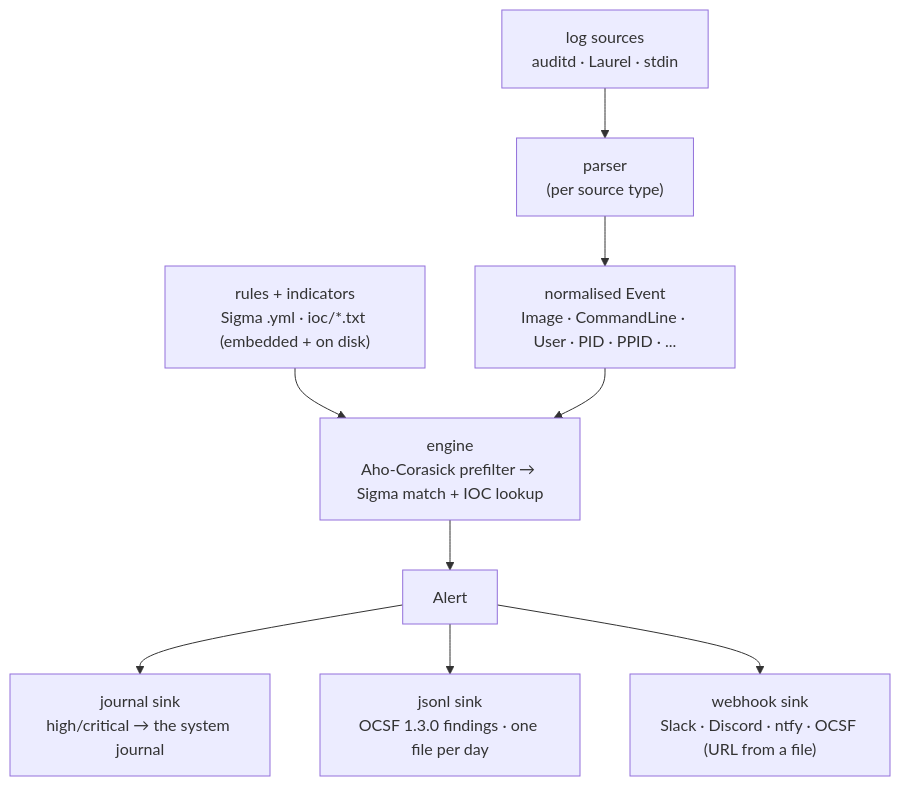
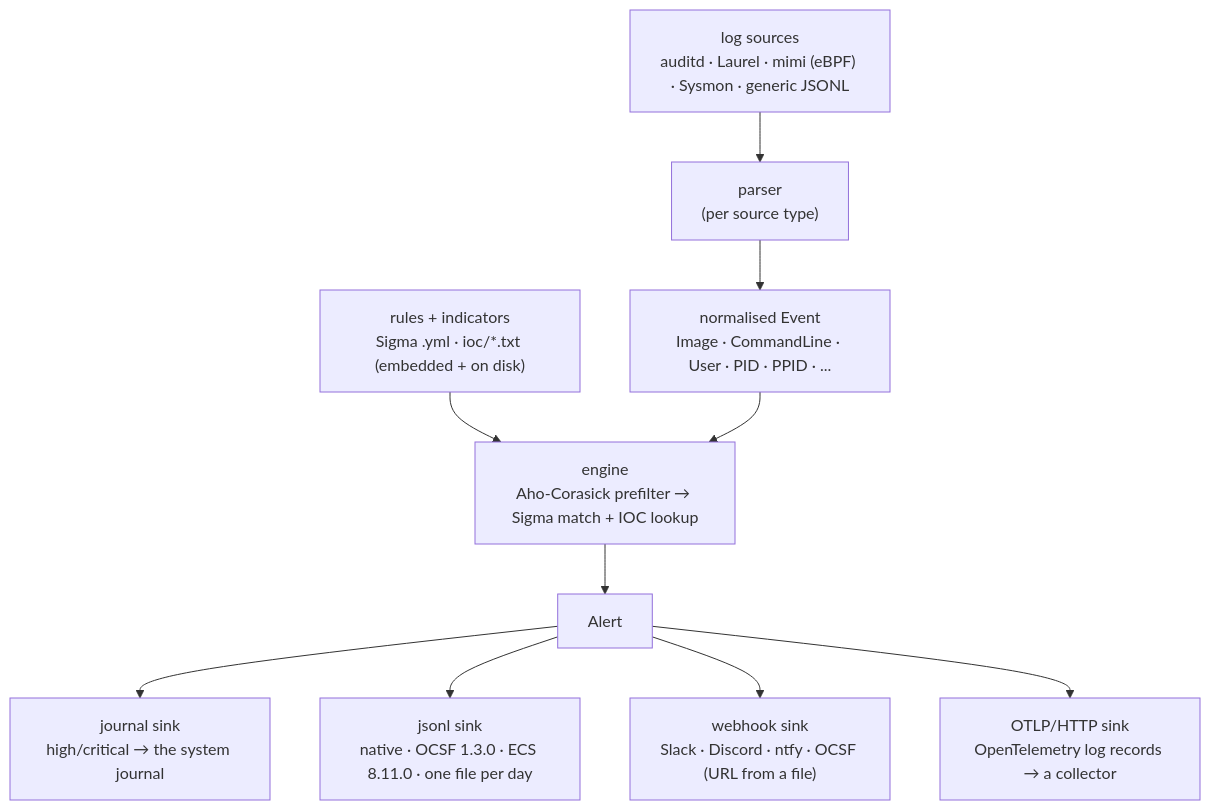
Before and after one commit to conor-sometimes/banken: the diagram in README.md, drawn with Mermaid. The commit also changed other lines of this file, not shown here.

First line of the commit message:
README: honest 'What it supports' overview; sync sources/outputs/standards

````diff
--- a/README.md
+++ b/README.md
@@ -30,11 +74,12 @@
 ```mermaid
 flowchart TD
-    SRC["log sources<br/>auditd · Laurel · stdin"] --> P["parser<br/>(per source type)"]
+    SRC["log sources<br/>auditd · Laurel · mimi (eBPF) · Sysmon · generic JSONL"] --> P["parser<br/>(per source type)"]
     P --> EV["normalised Event<br/>Image · CommandLine · User · PID · PPID · ..."]
     RUL["rules + indicators<br/>Sigma .yml · ioc/*.txt (embedded + on disk)"] --> ENG
     EV --> ENG["engine<br/>Aho-Corasick prefilter → Sigma match + IOC lookup"]
     ENG --> AL["Alert"]
     AL --> S1["journal sink<br/>high/critical → the system journal"]
-    AL --> S2["jsonl sink<br/>OCSF 1.3.0 findings · one file per day"]
+    AL --> S2["jsonl sink<br/>native · OCSF 1.3.0 · ECS 8.11.0 · one file per day"]
     AL --> S3["webhook sink<br/>Slack · Discord · ntfy · OCSF (URL from a file)"]
+    AL --> S4["OTLP/HTTP sink<br/>OpenTelemetry log records → a collector"]
 ```
````
